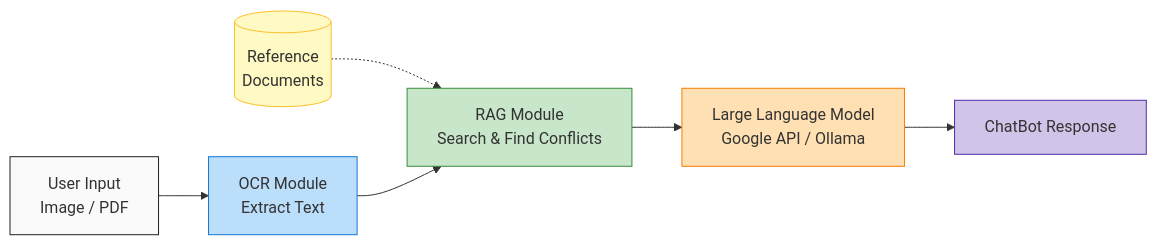
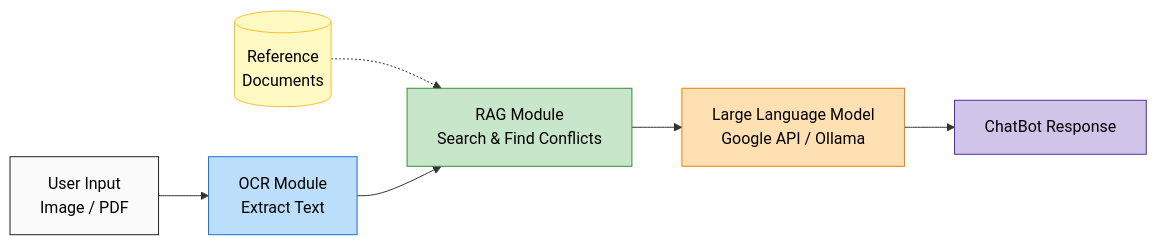
The second of 2 diagrams in NEA-KAERI_AI_Hands-On_Workshop/Lecture_Note.md (MIRAE-Laboratory/Lectures), drawn with Mermaid before and after one commit. The commit also changed other lines of this file, not shown here.

Commit message:
Update styles in Lecture_Note.md for clarity

````diff
--- a/NEA-KAERI_AI_Hands-On_Workshop/Lecture_Note.md
+++ b/NEA-KAERI_AI_Hands-On_Workshop/Lecture_Note.md
@@ -39,15 +39,15 @@
 ```mermaid
 graph LR
     Doc[(Reference<br>Documents)] -.-> RAG
     Input[User Input<br>Image / PDF] --> OCR[OCR Module<br>Extract Text]
     OCR --> RAG[RAG Module<br>Search & Find Conflicts]
     RAG --> LLM[Large Language Model<br>Google API / Ollama]
     LLM --> Output[ChatBot Response]
 
-    style Input fill:#fafafa,stroke:#212121
-    style Doc fill:#fff9c4,stroke:#fbc02d
-    style OCR fill:#bbdefb,stroke:#1976d2
-    style RAG fill:#c8e6c9,stroke:#388e3c
-    style LLM fill:#ffe0b2,stroke:#f57c00
-    style Output fill:#d1c4e9,stroke:#512da8
+    style Input fill:#fafafa,stroke:#212121,color:#000000
+    style Doc fill:#fff9c4,stroke:#fbc02d,color:#000000
+    style OCR fill:#bbdefb,stroke:#1976d2,color:#000000
+    style RAG fill:#c8e6c9,stroke:#388e3c,color:#000000
+    style LLM fill:#ffe0b2,stroke:#f57c00,color:#000000
+    style Output fill:#d1c4e9,stroke:#512da8,color:#000000
 ```
````
